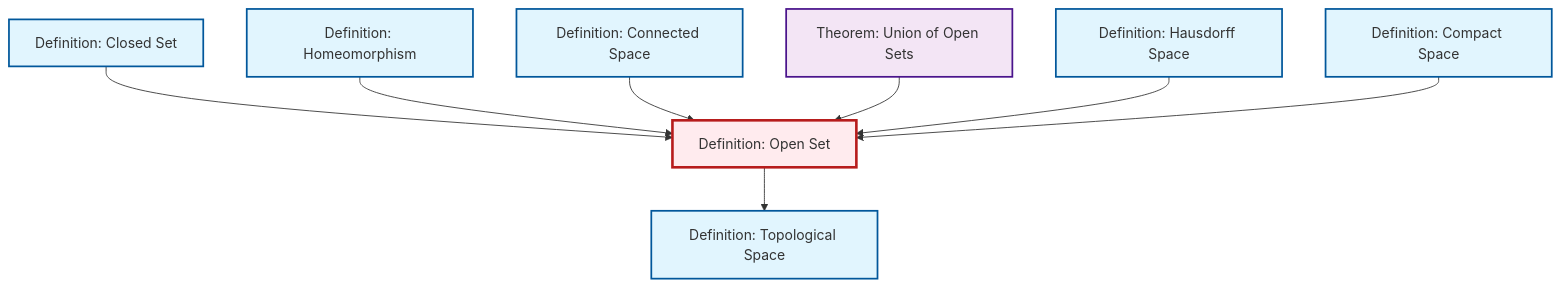
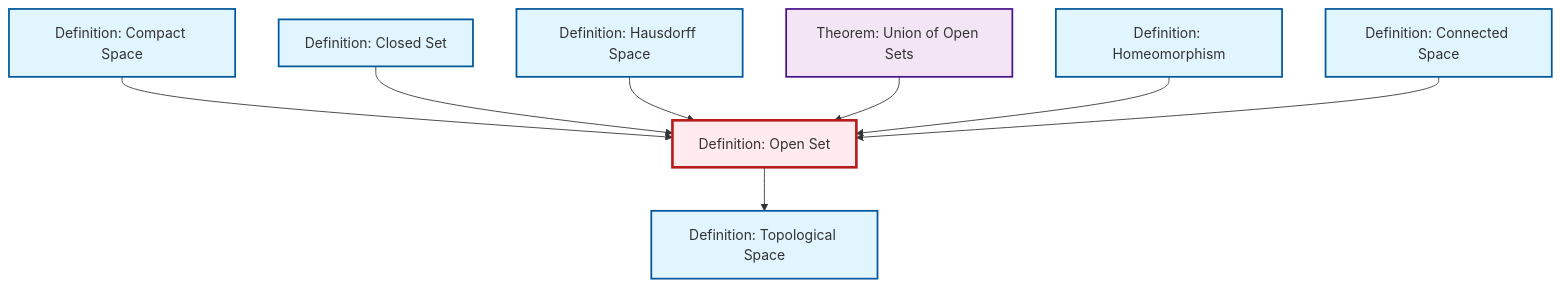
Before and after one commit to RK0429/ModernMath: the diagram in content/en/topology/def-open-set.qmd, drawn with Mermaid. The commit also changed other lines of this file and 597 other files, not shown here.

````diff
--- a/content/en/topology/def-open-set.qmd
+++ b/content/en/topology/def-open-set.qmd
@@ -53,32 +53,32 @@
 ```{mermaid}
 %%| fig-cap: "Local dependency graph"
 graph TD
     classDef definition fill:#e1f5fe,stroke:#01579b,stroke-width:2px
     classDef theorem fill:#f3e5f5,stroke:#4a148c,stroke-width:2px
     classDef axiom fill:#fff3e0,stroke:#e65100,stroke-width:2px
     classDef example fill:#e8f5e9,stroke:#1b5e20,stroke-width:2px
     classDef current fill:#ffebee,stroke:#b71c1c,stroke-width:3px
-    def-connected["Definition: Connected Space"]:::definition
     def-compact["Definition: Compact Space"]:::definition
+    thm-union-open-sets["Theorem: Union of Open Sets"]:::theorem
     def-closed-set["Definition: Closed Set"]:::definition
     def-hausdorff["Definition: Hausdorff Space"]:::definition
-    def-open-set["Definition: Open Set"]:::definition
-    thm-union-open-sets["Theorem: Union of Open Sets"]:::theorem
     def-topological-space["Definition: Topological Space"]:::definition
     def-homeomorphism["Definition: Homeomorphism"]:::definition
+    def-connected["Definition: Connected Space"]:::definition
+    def-open-set["Definition: Open Set"]:::definition
+    def-open-set --> def-topological-space
+    def-compact --> def-open-set
     def-closed-set --> def-open-set
+    def-hausdorff --> def-open-set
+    thm-union-open-sets --> def-open-set
     def-homeomorphism --> def-open-set
     def-connected --> def-open-set
-    thm-union-open-sets --> def-open-set
-    def-hausdorff --> def-open-set
-    def-compact --> def-open-set
-    def-open-set --> def-topological-space
     class def-open-set current
-    click def-connected "def-connected.html" "Go to Connected Space definition"
     click def-compact "def-compact.html" "Go to Compact Space definition"
+    click thm-union-open-sets "thm-union-open-sets.html" "Go to Union of Open Sets theorem"
     click def-closed-set "def-closed-set.html" "Go to Closed Set definition"
     click def-hausdorff "def-hausdorff.html" "Go to Hausdorff Space definition"
-    click thm-union-open-sets "thm-union-open-sets.html" "Go to Union of Open Sets theorem"
     click def-topological-space "def-topological-space.html" "Go to Topological Space definition"
     click def-homeomorphism "def-homeomorphism.html" "Go to Homeomorphism definition"
+    click def-connected "def-connected.html" "Go to Connected Space definition"
 ```
````
